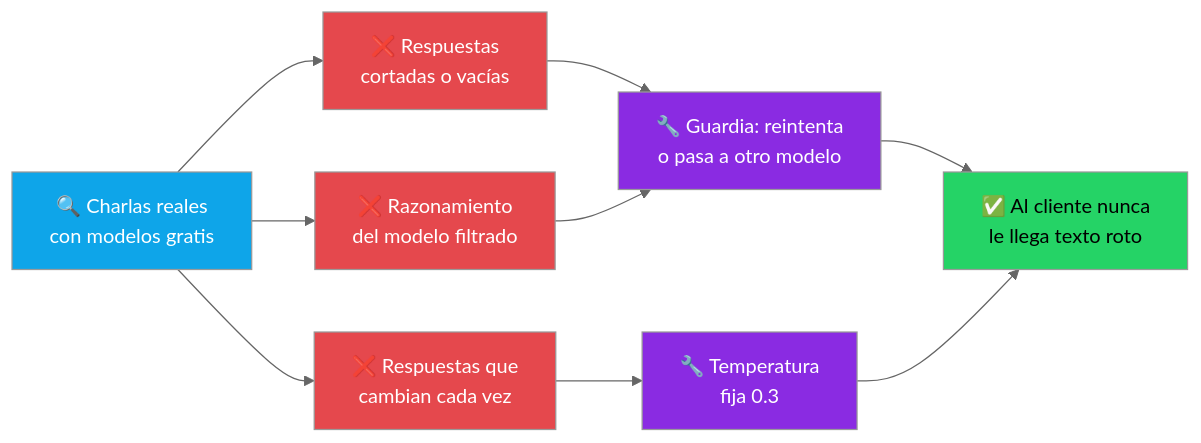
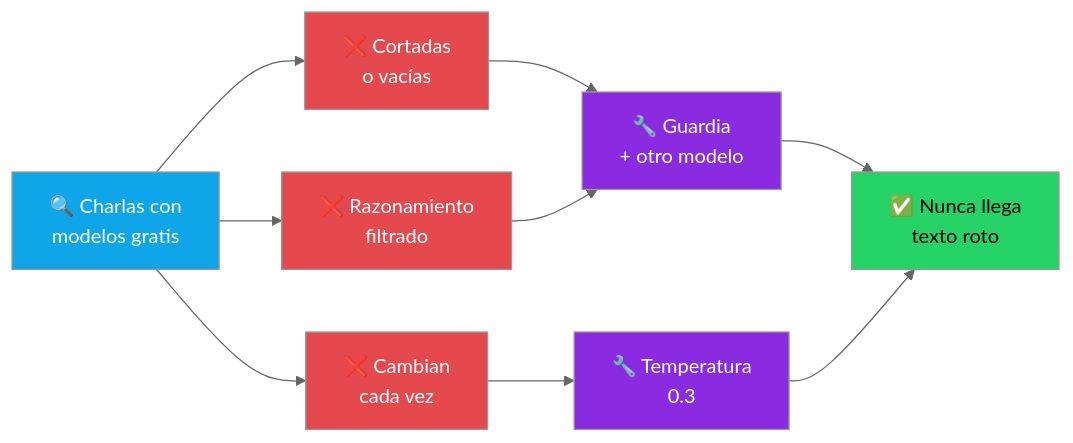
The eighth of 15 diagrams in README.md (grancobud/arm-whatsapp), drawn with Mermaid (neutral theme) before and after one commit. The commit also changed other lines of this file, not shown here.

Commit message:
docs: diagramas de auditoría más compactos (entran en pantallas angostas)

````diff
--- a/README.md
+++ b/README.md
@@ -265,17 +264,13 @@
 ```mermaid
 flowchart LR
-    P[🔍 Charlas reales<br/>con modelos gratis] --> F1[❌ Respuestas<br/>cortadas o vacías]
-    P --> F2[❌ Razonamiento<br/>del modelo filtrado]
-    F1 & F2 --> M1[🔧 Guardia: reintenta<br/>o pasa a otro modelo]
-    P --> F3[❌ Respuestas que<br/>cambian cada vez]
-    F3 --> M2[🔧 Temperatura<br/>fija 0.3]
-    M1 & M2 --> R[✅ Al cliente nunca<br/>le llega texto roto]
-
-    style P fill:#0EA5E9,color:#fff
-    style F1 fill:#E5484D,color:#fff
-    style F2 fill:#E5484D,color:#fff
-    style F3 fill:#E5484D,color:#fff
-    style M1 fill:#8A2BE2,color:#fff
-    style M2 fill:#8A2BE2,color:#fff
-    style R fill:#25D366,color:#000
+    P[🔍 Charlas con<br/>modelos gratis]:::p --> F1[❌ Cortadas<br/>o vacías]:::f
+    P --> F2[❌ Razonamiento<br/>filtrado]:::f
+    P --> F3[❌ Cambian<br/>cada vez]:::f
+    F1 & F2 --> M1[🔧 Guardia<br/>+ otro modelo]:::m
+    F3 --> M2[🔧 Temperatura<br/>0.3]:::m
+    M1 & M2 --> R[✅ Nunca llega<br/>texto roto]:::r
+    classDef p fill:#0EA5E9,color:#fff
+    classDef f fill:#E5484D,color:#fff
+    classDef m fill:#8A2BE2,color:#fff
+    classDef r fill:#25D366,color:#000
 ```
````
